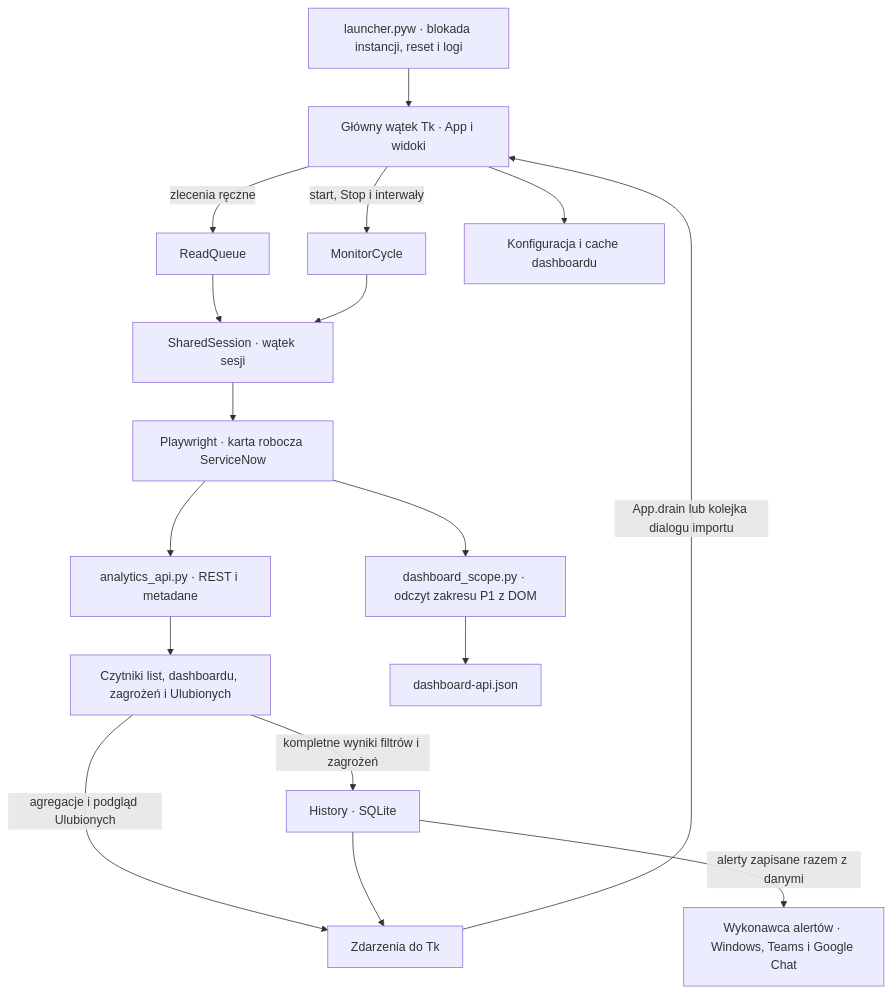
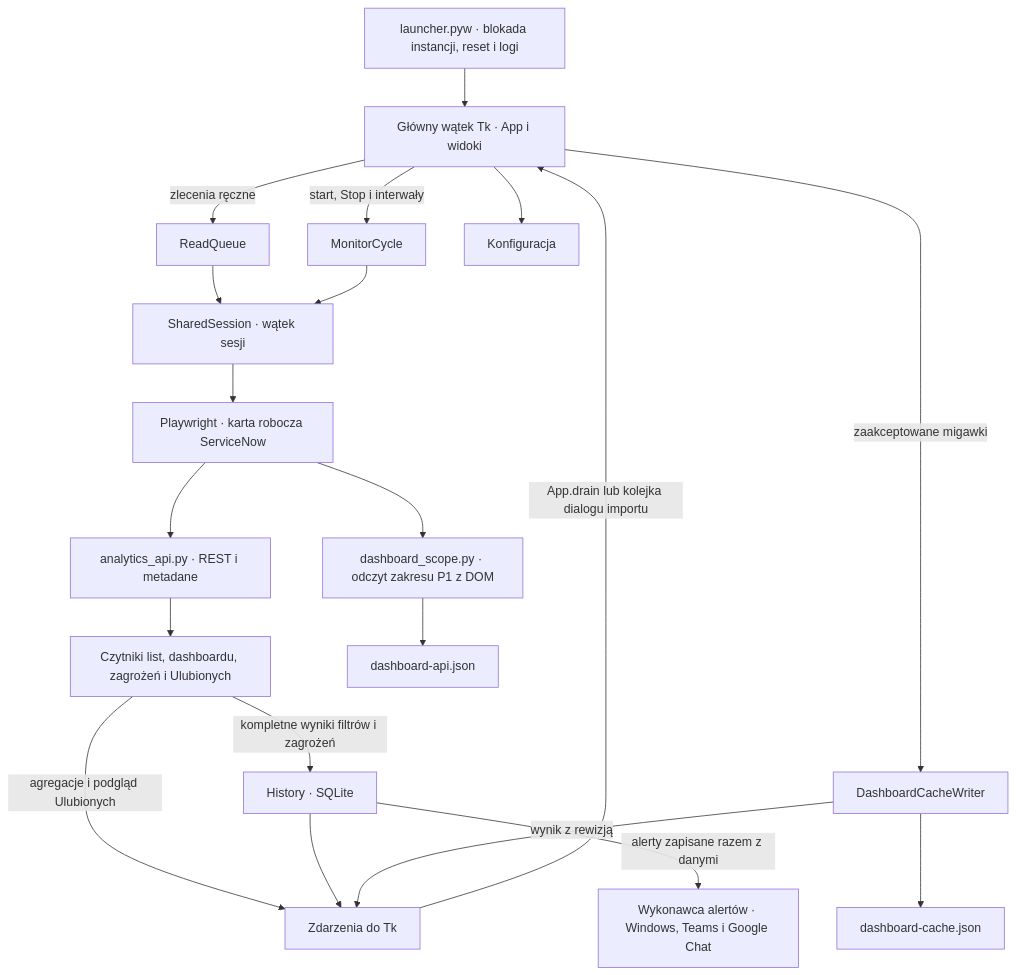
One commit to pzaradzki/NetoIncidentMonitor changed the diagram in docs/architektura.md. Above: the diagram before and after it, drawn with Mermaid. The commit also changed other lines of this file and 21 other files, not shown here.

````diff
--- a/docs/architektura.md
+++ b/docs/architektura.md
@@ -7,19 +7,22 @@
 ```mermaid
 flowchart TD
     L["launcher.pyw · blokada instancji, reset i logi"] --> T["Główny wątek Tk · App i widoki"]
     T -->|"zlecenia ręczne"| Q["ReadQueue"]
     T -->|"start, Stop i interwały"| C["MonitorCycle"]
     Q --> S["SharedSession · wątek sesji"]
     C --> S
     S --> B["Playwright · karta robocza ServiceNow"]
     B --> R["analytics_api.py · REST i metadane"]
     B --> P["dashboard_scope.py · odczyt zakresu P1 z DOM"]
     R --> V["Czytniki list, dashboardu, zagrożeń i Ulubionych"]
     P --> F["dashboard-api.json"]
     V -->|"kompletne wyniki filtrów i zagrożeń"| H["History · SQLite"]
     V -->|"agregacje i podgląd Ulubionych"| E["Zdarzenia do Tk"]
     H --> E
     E -->|"App.drain lub kolejka dialogu importu"| T
-    T --> J["Konfiguracja i cache dashboardu"]
+    T --> J["Konfiguracja"]
+    T -->|"zaakceptowane migawki"| W["DashboardCacheWriter"]
+    W --> D["dashboard-cache.json"]
+    W -->|"wynik z rewizją"| E
     H -->|"alerty zapisane razem z danymi"| O["Wykonawca alertów · Windows, Teams i Google Chat"]
 ```
````
